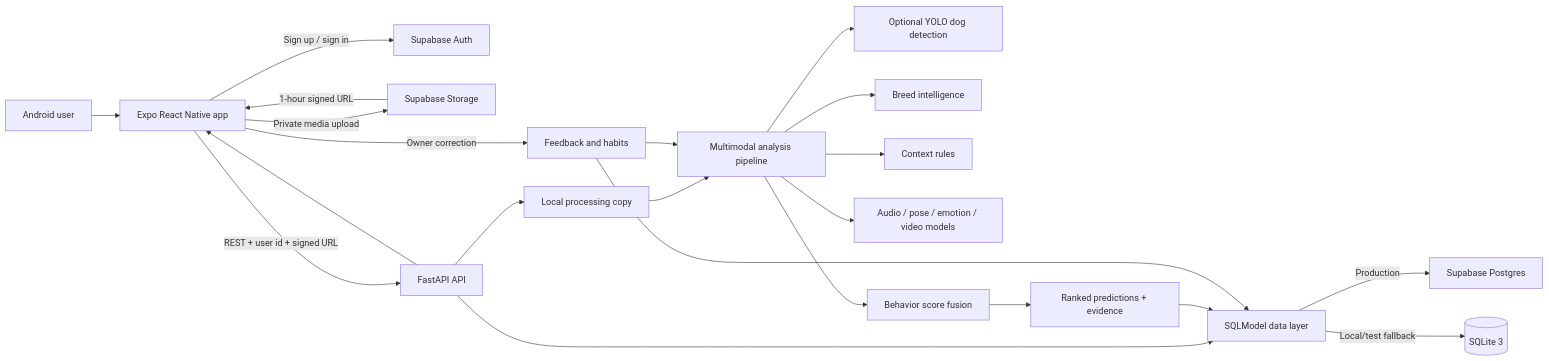
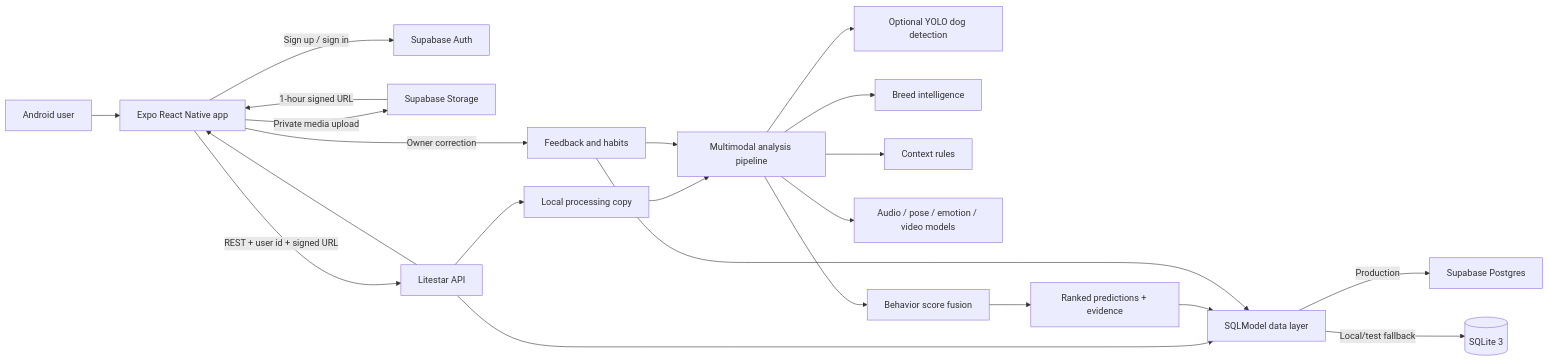
One commit to martian3062/tommy-doggie-talkie changed the first of 4 diagrams in README.md. Above: the diagram before and after it, drawn with Mermaid. The commit also changed other lines of this file and 21 other files, not shown here.

````diff
--- a/README.md
+++ b/README.md
@@ -38,29 +38,29 @@
 ```mermaid
 flowchart LR
     User[Android user] --> Mobile[Expo React Native app]
 
     Mobile -->|Sign up / sign in| Auth[Supabase Auth]
     Mobile -->|Private media upload| Storage[Supabase Storage]
     Storage -->|1-hour signed URL| Mobile
-    Mobile -->|REST + user id + signed URL| API[FastAPI API]
+    Mobile -->|REST + user id + signed URL| API[Litestar API]
 
     API --> DBLayer[SQLModel data layer]
     DBLayer -->|Production| Postgres[Supabase Postgres]
     DBLayer -->|Local/test fallback| SQLite[(SQLite 3)]
 
     API --> Media[Local processing copy]
     Media --> Pipeline[Multimodal analysis pipeline]
     Pipeline --> YOLO[Optional YOLO dog detection]
     Pipeline --> Breed[Breed intelligence]
     Pipeline --> Context[Context rules]
     Pipeline --> Future[Audio / pose / emotion / video models]
 
     Pipeline --> Fusion[Behavior score fusion]
     Fusion --> Results[Ranked predictions + evidence]
     Results --> DBLayer
     API --> Mobile
 
     Mobile -->|Owner correction| Feedback[Feedback and habits]
     Feedback --> DBLayer
     Feedback --> Pipeline
 ```
````
